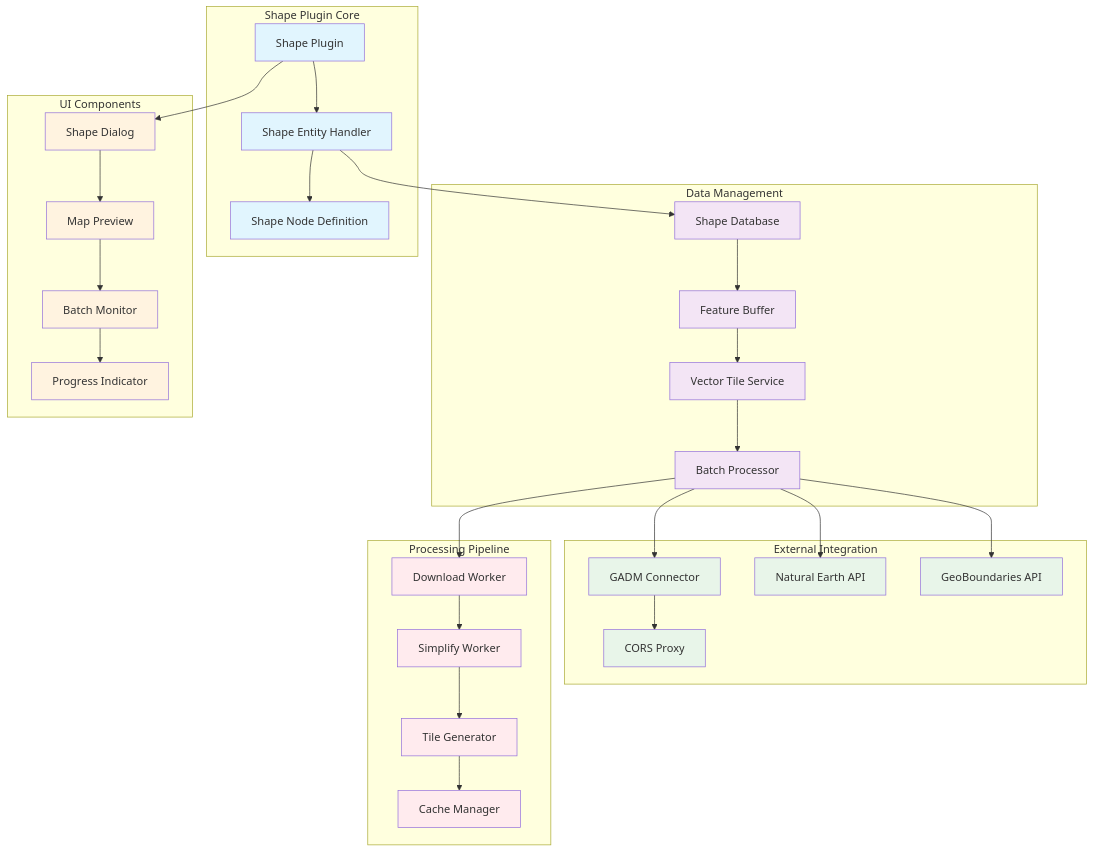
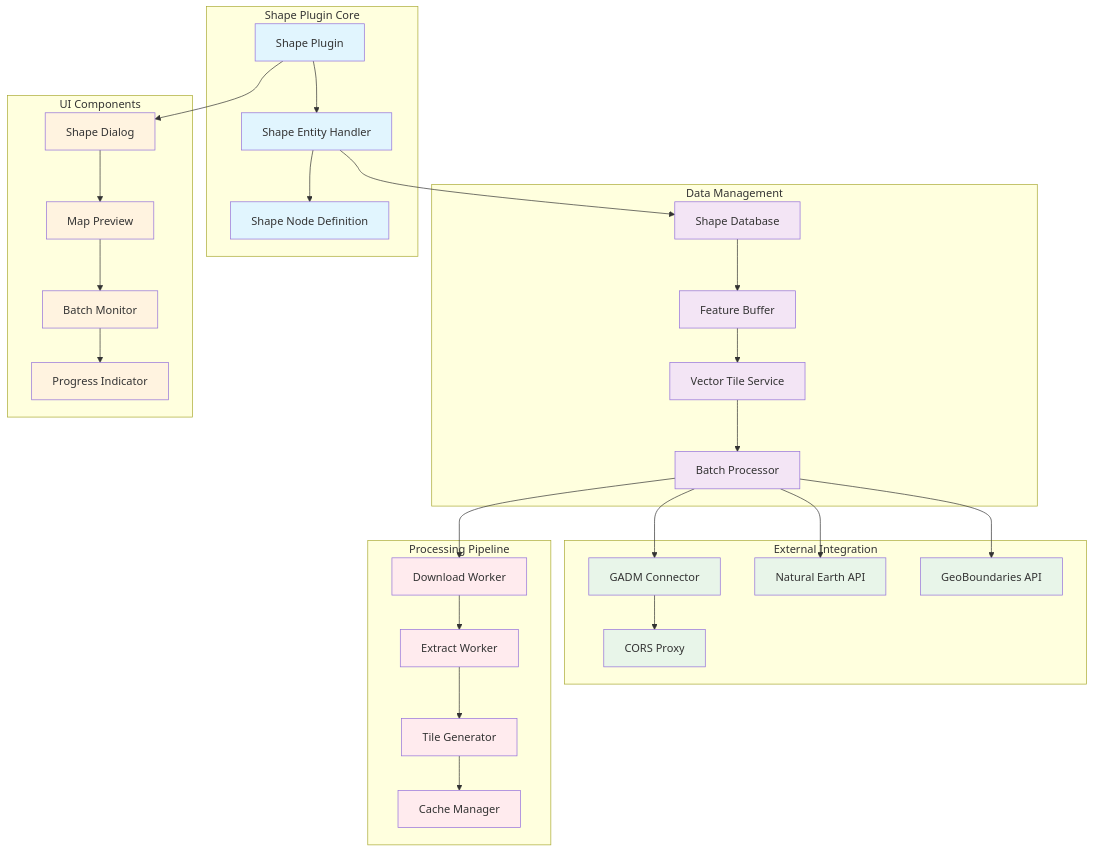
One commit to kubohiroya/hierarchidb changed the third of 7 diagrams in docs/DEVELOPER_REPORT_COMPREHENSIVE/10_PLUGINS.md. Above: the diagram before and after it, drawn with Mermaid. The commit also changed 185 other files, not shown here.

````diff
--- a/docs/DEVELOPER_REPORT_COMPREHENSIVE/10_PLUGINS.md
+++ b/docs/DEVELOPER_REPORT_COMPREHENSIVE/10_PLUGINS.md
@@ -132,71 +132,71 @@
 ```mermaid
 graph TB
     subgraph "Shape Plugin Core"
         ShapePlugin["Shape Plugin"]
         ShapeEntityHandler["Shape Entity Handler"]
         ShapeDefinition["Shape Node Definition"]
     end
     
     subgraph "Data Management"
         ShapeDB["Shape Database"]
         FeatureBuffer["Feature Buffer"]
         VectorTileService["Vector Tile Service"]
         BatchProcessor["Batch Processor"]
     end
     
     subgraph "UI Components"
         ShapeDialog["Shape Dialog"]
         MapPreview["Map Preview"]
         BatchMonitor["Batch Monitor"]
         ProgressIndicator["Progress Indicator"]
     end
     
     subgraph "External Integration"
         GADMConnector["GADM Connector"]
         NaturalEarthAPI["Natural Earth API"]
         GeoBoundariesAPI["GeoBoundaries API"]
         CORSProxy["CORS Proxy"]
     end
     
     subgraph "Processing Pipeline"
         DownloadWorker["Download Worker"]
-        SimplifyWorker["Simplify Worker"]
+        ExtractWorker["Extract Worker"]
         TileGenerator["Tile Generator"]
         CacheManager["Cache Manager"]
     end
     
     ShapePlugin --> ShapeEntityHandler
     ShapeEntityHandler --> ShapeDefinition
     
     ShapeEntityHandler --> ShapeDB
     ShapeDB --> FeatureBuffer
     FeatureBuffer --> VectorTileService
     VectorTileService --> BatchProcessor
     
     ShapePlugin --> ShapeDialog
     ShapeDialog --> MapPreview
     MapPreview --> BatchMonitor
     BatchMonitor --> ProgressIndicator
     
     BatchProcessor --> GADMConnector
     BatchProcessor --> NaturalEarthAPI
     BatchProcessor --> GeoBoundariesAPI
     GADMConnector --> CORSProxy
     
     BatchProcessor --> DownloadWorker
-    DownloadWorker --> SimplifyWorker
-    SimplifyWorker --> TileGenerator
+    DownloadWorker --> ExtractWorker
+    ExtractWorker --> TileGenerator
     TileGenerator --> CacheManager
     
     classDef core fill:#e1f5fe
     classDef data fill:#f3e5f5
     classDef ui fill:#fff3e0
     classDef external fill:#e8f5e9
     classDef processing fill:#ffebee
     
     class ShapePlugin,ShapeEntityHandler,ShapeDefinition core
     class ShapeDB,FeatureBuffer,VectorTileService,BatchProcessor data
     class ShapeDialog,MapPreview,BatchMonitor,ProgressIndicator ui
     class GADMConnector,NaturalEarthAPI,GeoBoundariesAPI,CORSProxy external
-    class DownloadWorker,SimplifyWorker,TileGenerator,CacheManager processing
+    class DownloadWorker,ExtractWorker,TileGenerator,CacheManager processing
 ```
````
